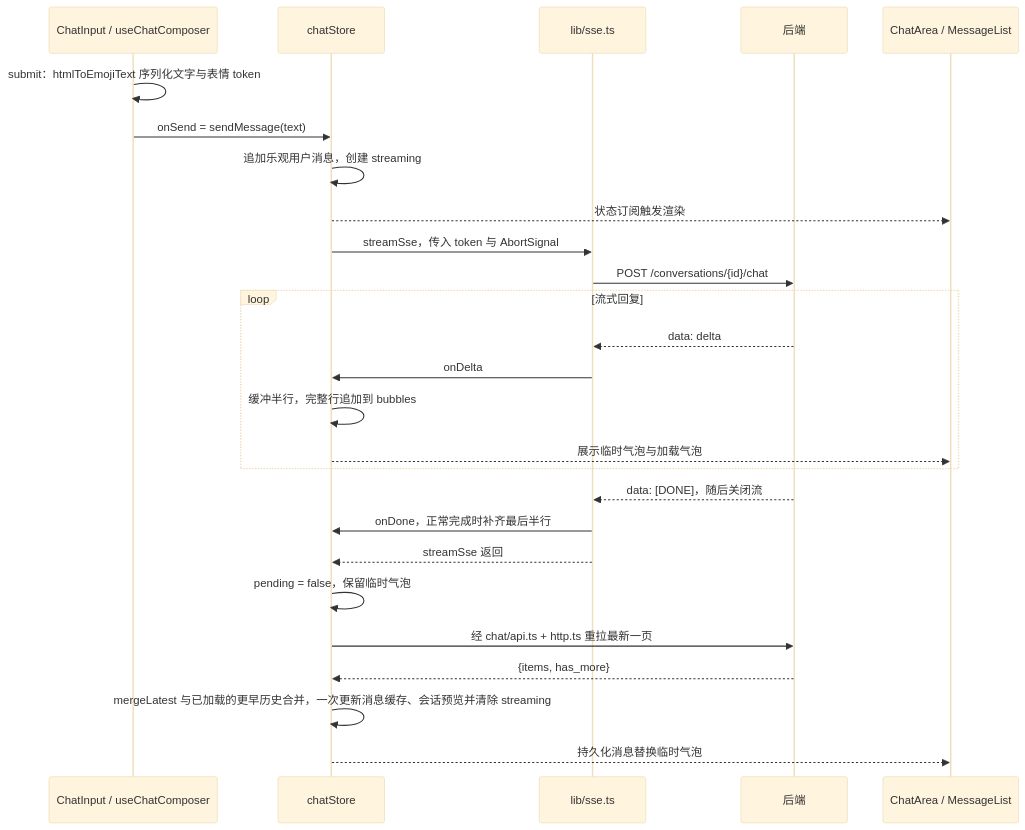
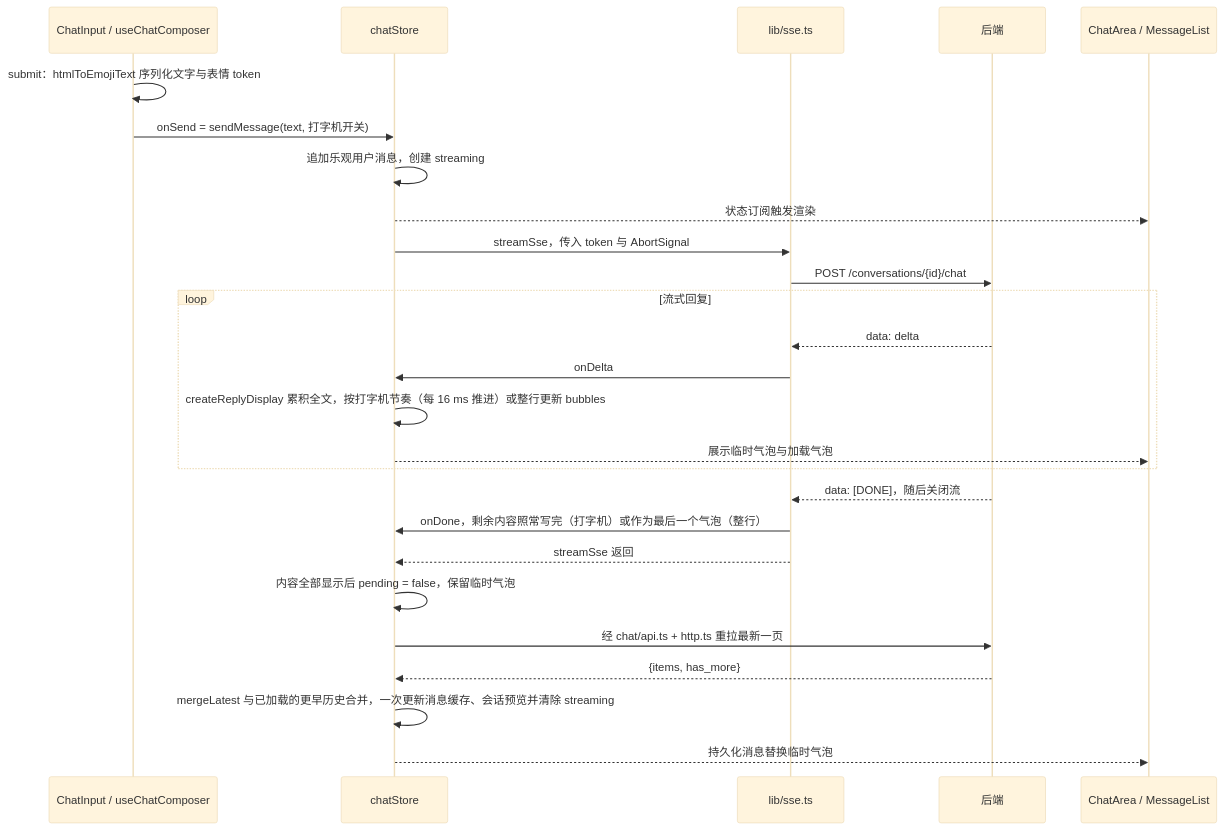
The third of 3 diagrams in docs/diagrams/frontend-architecture.md (Youri2000/baker-chat), drawn with Mermaid (base theme) before and after one commit. The commit also changed other lines of this file and 7 other files, not shown here.

````diff
--- a/docs/diagrams/frontend-architecture.md
+++ b/docs/diagrams/frontend-architecture.md
@@ -96,29 +96,29 @@
 ```mermaid
 sequenceDiagram
     participant I as ChatInput / useChatComposer
     participant C as chatStore
     participant S as lib/sse.ts
     participant B as 后端
     participant M as ChatArea / MessageList
 
     I->>I: submit：htmlToEmojiText 序列化文字与表情 token
-    I->>C: onSend = sendMessage(text)
+    I->>C: onSend = sendMessage(text, 打字机开关)
     C->>C: 追加乐观用户消息，创建 streaming
     C-->>M: 状态订阅触发渲染
     C->>S: streamSse，传入 token 与 AbortSignal
     S->>B: POST /conversations/{id}/chat
     loop 流式回复
         B-->>S: data: delta
         S->>C: onDelta
-        C->>C: 缓冲半行，完整行追加到 bubbles
+        C->>C: createReplyDisplay 累积全文，按打字机节奏（每 16 ms 推进）或整行更新 bubbles
         C-->>M: 展示临时气泡与加载气泡
     end
     B-->>S: data: [DONE]，随后关闭流
-    S->>C: onDone，正常完成时补齐最后半行
+    S->>C: onDone，剩余内容照常写完（打字机）或作为最后一个气泡（整行）
     S-->>C: streamSse 返回
-    C->>C: pending = false，保留临时气泡
+    C->>C: 内容全部显示后 pending = false，保留临时气泡
     C->>B: 经 chat/api.ts + http.ts 重拉最新一页
     B-->>C: {items, has_more}
     C->>C: mergeLatest 与已加载的更早历史合并，一次更新消息缓存、会话预览并清除 streaming
     C-->>M: 持久化消息替换临时气泡
 ```
````
